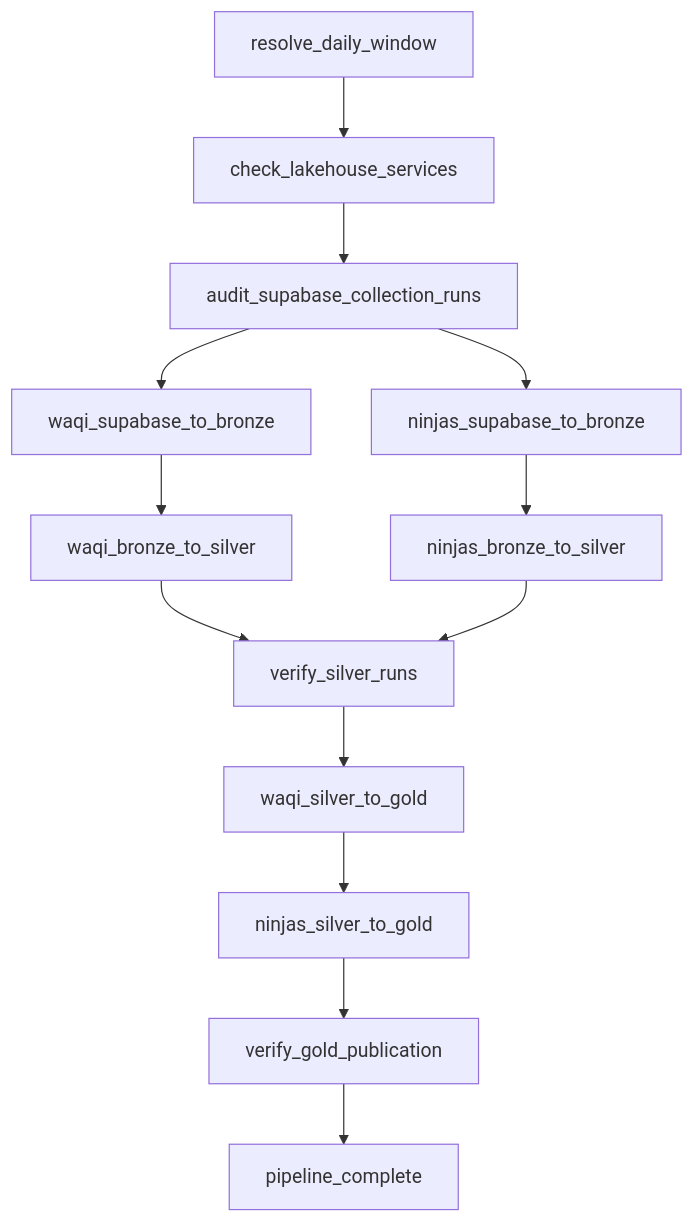
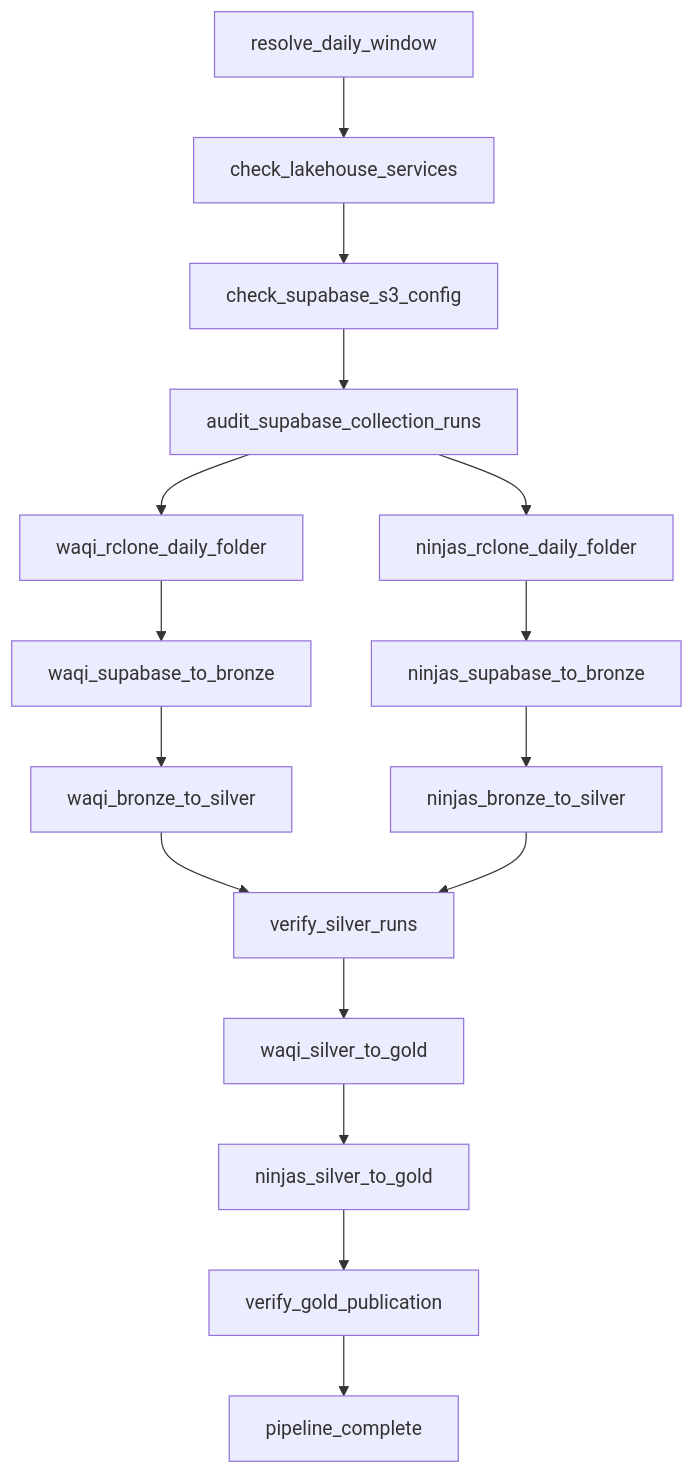
Before and after one commit to trinhnguyen1101/TLCN: the second of 2 diagrams in docs/airflow/daily-supabase-pipeline.md, drawn with Mermaid. The commit also changed other lines of this file and 15 other files, not shown here.

````diff
--- a/docs/airflow/daily-supabase-pipeline.md
+++ b/docs/airflow/daily-supabase-pipeline.md
@@ -155,15 +161,18 @@
 ```mermaid
 flowchart TD
   A[resolve_daily_window] --> B[check_lakehouse_services]
-  B --> C[audit_supabase_collection_runs]
-  C --> D1[waqi_supabase_to_bronze]
-  C --> D2[ninjas_supabase_to_bronze]
+  B --> B2[check_supabase_s3_config]
+  B2 --> C[audit_supabase_collection_runs]
+  C --> R1[waqi_rclone_daily_folder]
+  C --> R2[ninjas_rclone_daily_folder]
+  R1 --> D1[waqi_supabase_to_bronze]
+  R2 --> D2[ninjas_supabase_to_bronze]
   D1 --> E1[waqi_bronze_to_silver]
   D2 --> E2[ninjas_bronze_to_silver]
   E1 --> F[verify_silver_runs]
   E2 --> F
   F --> G1[waqi_silver_to_gold]
   G1 --> G2[ninjas_silver_to_gold]
   G2 --> H[verify_gold_publication]
   H --> I[pipeline_complete]
 ```
````
